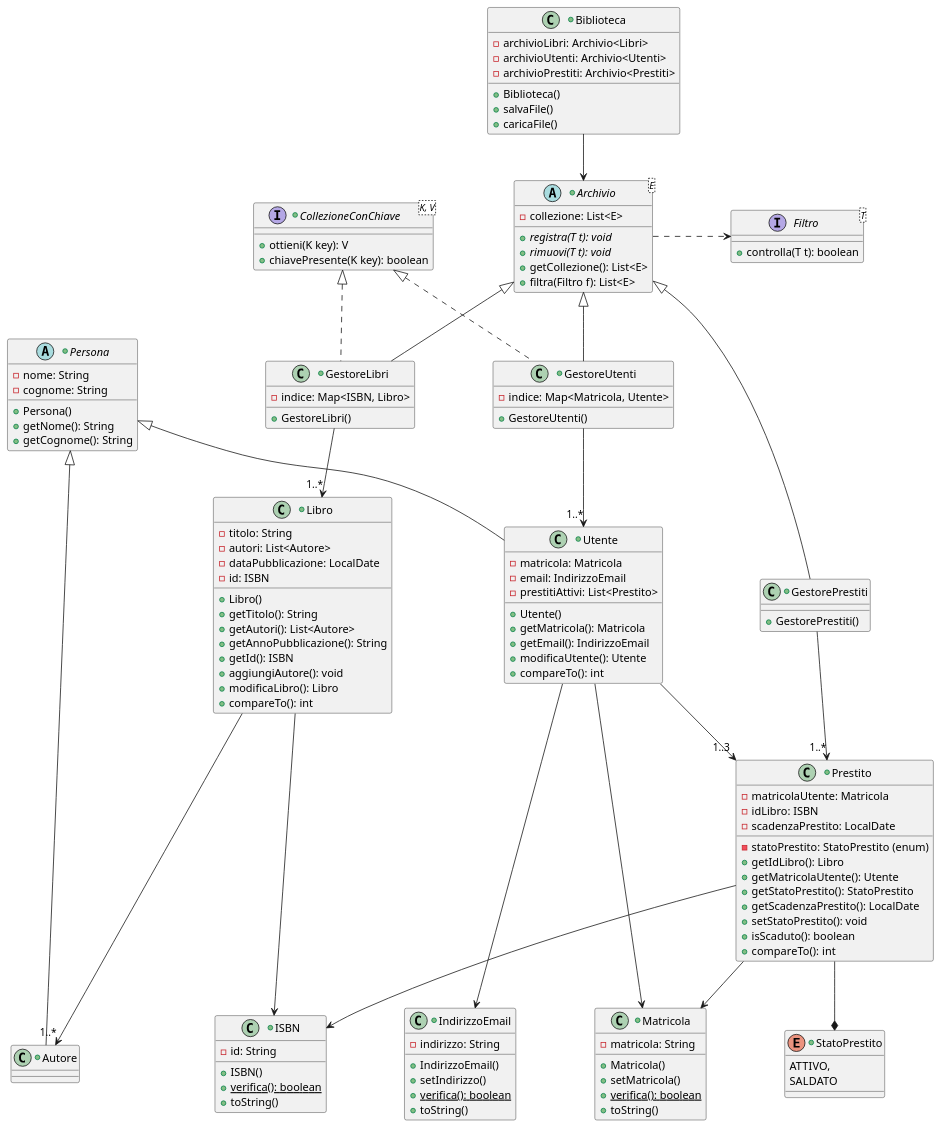
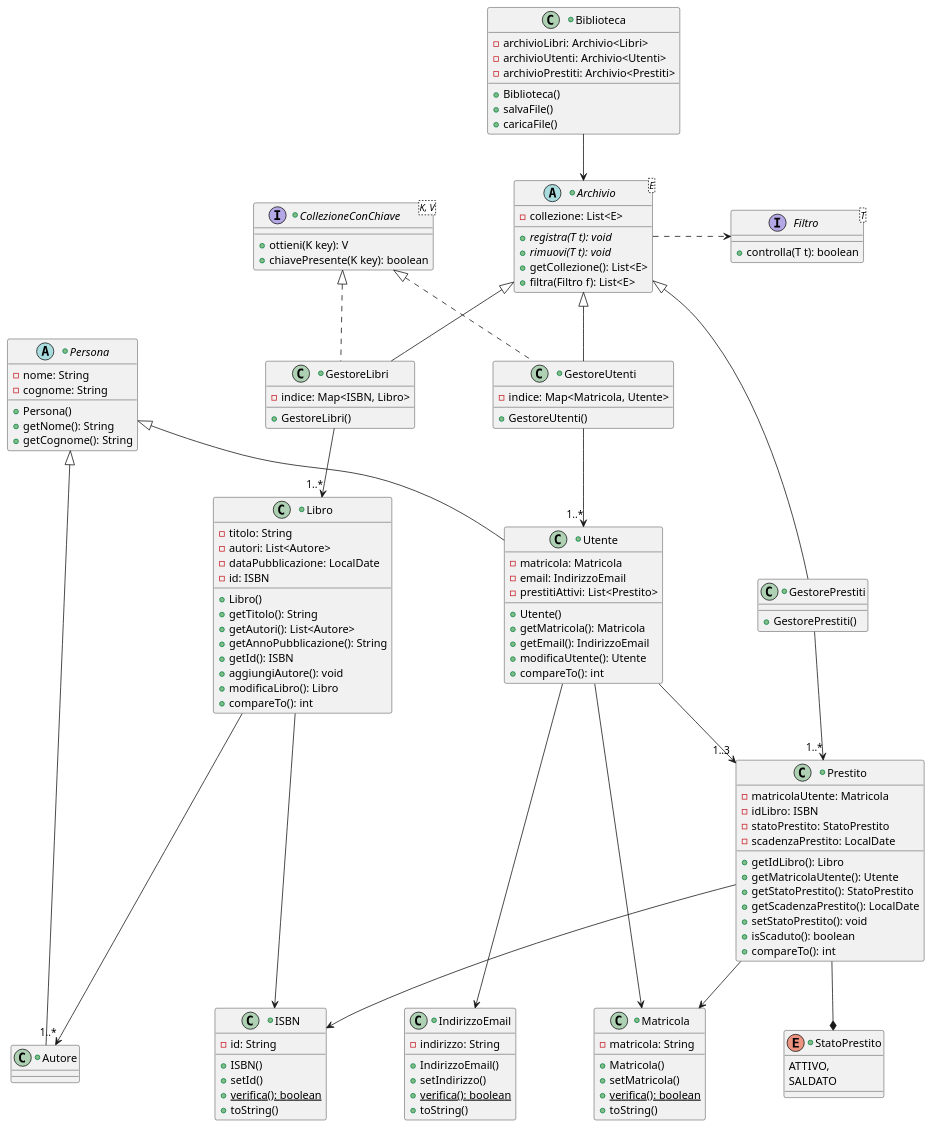
One commit to Meziu/easylibrary changed the diagram in docs/uml/classes.puml. Above: the diagram before and after it, drawn with PlantUML.

Commit message:
Fix isbn e prestito

```diff
--- a/docs/uml/classes.puml
+++ b/docs/uml/classes.puml
@@ -1,160 +1,161 @@
 @startuml
 'skinparam classAttributeIconSize 0
 skinparam nodesep 100
 
 interface Filtro<T> {
     +controlla(T t): boolean
 }
 
 +abstract class Archivio<E> {
     -collezione: List<E>
 
     +registra(T t): void {abstract}
     +rimuovi(T t): void {abstract}
     +getCollezione(): List<E>
     +filtra(Filtro f): List<E>
 }
 
 +interface CollezioneConChiave<K, V> {
     +ottieni(K key): V
     +chiavePresente(K key): boolean
 }
 
 +abstract class Persona{
     -nome: String
     -cognome: String
 
     +Persona()
     +getNome(): String
     +getCognome(): String
 }
 
 +class Utente extends Persona{
     -matricola: Matricola
     -email: IndirizzoEmail
     -prestitiAttivi: List<Prestito>
 
     +Utente()
     +getMatricola(): Matricola
     +getEmail(): IndirizzoEmail
     +modificaUtente(): Utente
     +compareTo(): int
 }
 
 +class Matricola {
     -matricola: String
 
     +Matricola()
     +setMatricola()
     +verifica(): boolean {static}
     +toString()
 }
 
 +class IndirizzoEmail {
     -indirizzo: String
 
     +IndirizzoEmail()
     +setIndirizzo()
     +verifica(): boolean {static}
     +toString()
 }
 
 
 +class Libro{
     -titolo: String
     -autori: List<Autore>
     -dataPubblicazione: LocalDate
     -id: ISBN
 
     +Libro()
     +getTitolo(): String
     +getAutori(): List<Autore>
     +getAnnoPubblicazione(): String
     +getId(): ISBN
     +aggiungiAutore(): void
     +modificaLibro(): Libro
     +compareTo(): int
 }
 
 +class ISBN {
     -id: String
 
     +ISBN()
+    +setId()
     +verifica(): boolean {static}
     +toString()
 }
 
 +class Autore extends Persona{
 }
 
 
 +class Prestito{
     -matricolaUtente: Matricola
     -idLibro: ISBN
-    -statoPrestito: StatoPrestito (enum)
+    -statoPrestito: StatoPrestito
     -scadenzaPrestito: LocalDate
 
     +getIdLibro(): Libro
     +getMatricolaUtente(): Utente
     +getStatoPrestito(): StatoPrestito
     +getScadenzaPrestito(): LocalDate
     +setStatoPrestito(): void
     +isScaduto(): boolean
     +compareTo(): int
 }
 
 +enum StatoPrestito{
     ATTIVO,
     SALDATO
 }
 
 
 +class Biblioteca {
     -archivioLibri: Archivio<Libri>
     -archivioUtenti: Archivio<Utenti>
     -archivioPrestiti: Archivio<Prestiti>
 
     +Biblioteca()
     +salvaFile()
     +caricaFile()
 }
 
 
 +class GestoreLibri extends Archivio implements CollezioneConChiave {
     -indice: Map<ISBN, Libro>
 
     +GestoreLibri()
 }
 
 
 +class GestoreUtenti extends Archivio implements CollezioneConChiave {
     -indice: Map<Matricola, Utente>
 
     +GestoreUtenti()
 }
 
 
 +class GestorePrestiti extends Archivio {
 
     +GestorePrestiti()
 }
 
 
 Biblioteca --> Archivio
 'Biblioteca ..> CollezioneConChiave
 
 Archivio .right.> Filtro
 
 Utente --> "1..3" Prestito
 Utente --> Matricola
 Utente ---> IndirizzoEmail
 Libro ---> "1..*" Autore
 Libro --> ISBN
 Prestito --> Matricola
 Prestito --> ISBN
 Prestito --* StatoPrestito
 
 GestoreUtenti --> "1..*" Utente
 GestoreLibri --> "1..*" Libro
 GestorePrestiti --> "1..*" Prestito
 @enduml
```
